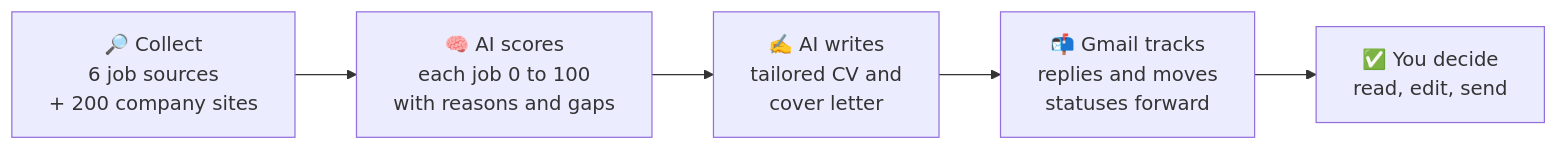
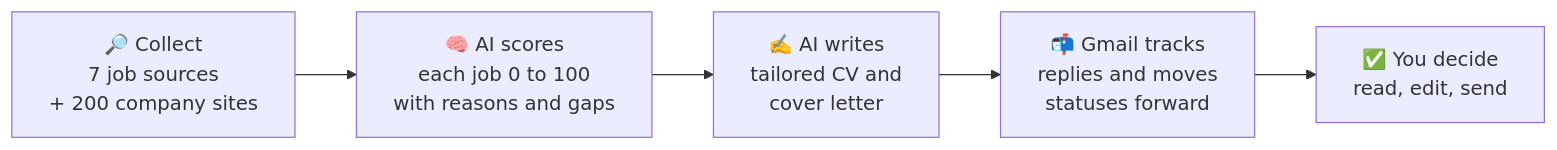
Before and after one commit to srvskr1/stellenpilot: the diagram in README.md, drawn with Mermaid. The commit also changed other lines of this file, not shown here.

First line of the commit message:
README: the seventh job source and the Gmail install command

````diff
--- a/README.md
+++ b/README.md
@@ -34,7 +34,7 @@
 ```mermaid
 flowchart LR
-    A["🔎 Collect<br/>6 job sources<br/>+ 200 company sites"] --> B["🧠 AI scores<br/>each job 0 to 100<br/>with reasons and gaps"]
+    A["🔎 Collect<br/>7 job sources<br/>+ 200 company sites"] --> B["🧠 AI scores<br/>each job 0 to 100<br/>with reasons and gaps"]
     B --> C["✍️ AI writes<br/>tailored CV and<br/>cover letter"]
     C --> D["📬 Gmail tracks<br/>replies and moves<br/>statuses forward"]
     D --> E["✅ You decide<br/>read, edit, send"]
 ```
````
